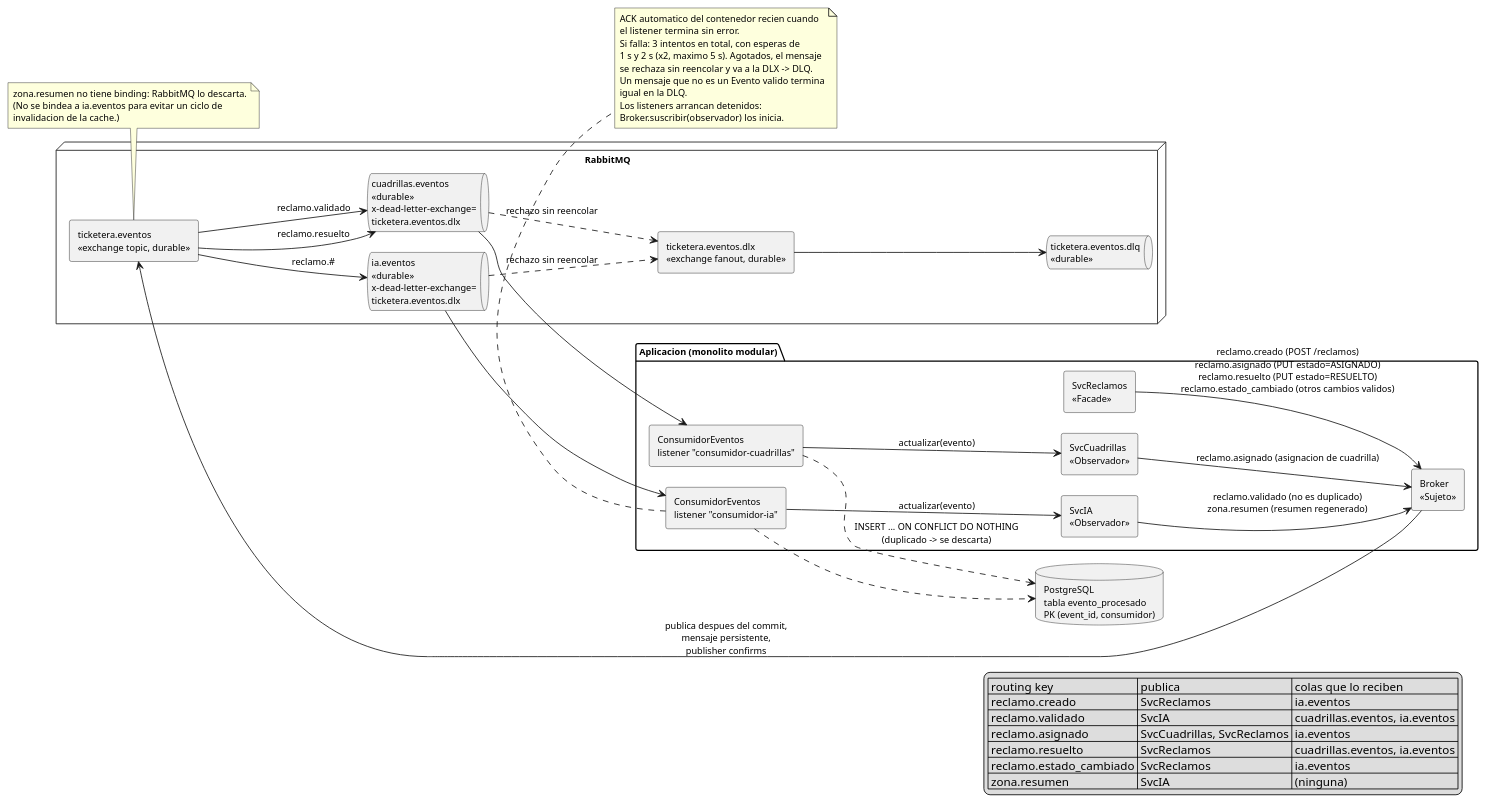
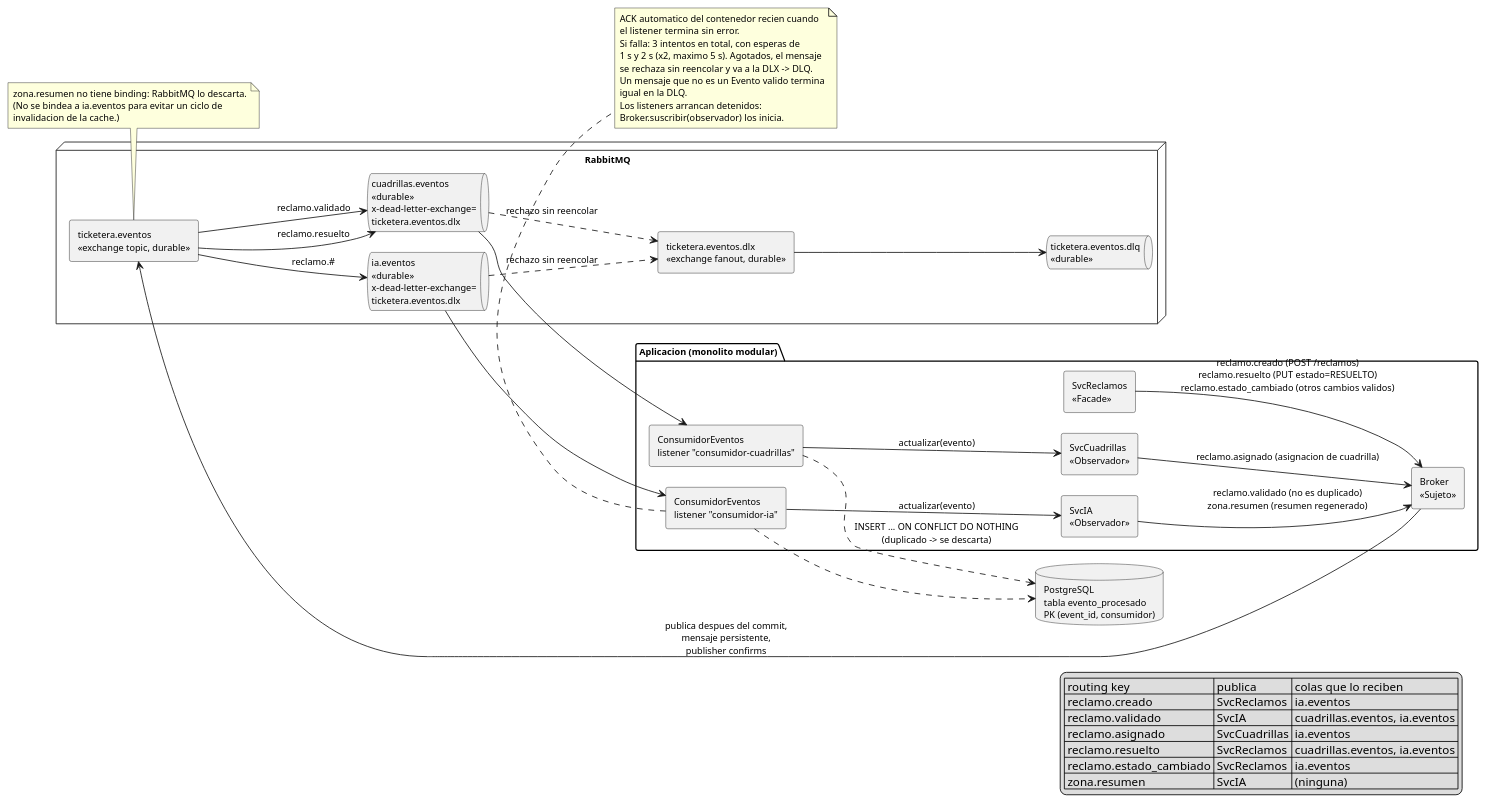
Before and after one commit to francolovera24/Backend-TicketeraMunicipal-DDA2: the diagram in docs/06_diagrama_flujo_mensajes.puml, drawn with PlantUML. The commit also changed 7 other files, not shown here.

Commit message:
fix: exigir una cuadrilla para pasar un reclamo a asignado

```diff
--- a/docs/06_diagrama_flujo_mensajes.puml
+++ b/docs/06_diagrama_flujo_mensajes.puml
@@ -1,80 +1,80 @@
 @startuml FlujoMensajes
 ' Flujo de mensajes RabbitMQ tal como lo implementan RabbitMQConfig,
 ' ConsumidorEventos, Broker y application.yml (spring.rabbitmq.listener).
 left to right direction
 skinparam componentStyle rectangle
 skinparam defaultFontSize 11
 skinparam nodesep 25
 skinparam ranksep 40
 
 package "Aplicacion (monolito modular)" {
     [SvcReclamos\n<<Facade>>] as SvcReclamos
     [SvcIA\n<<Observador>>] as SvcIA
     [SvcCuadrillas\n<<Observador>>] as SvcCuadrillas
     [Broker\n<<Sujeto>>] as Broker
     [ConsumidorEventos\nlistener "consumidor-cuadrillas"] as LCuadrillas
     [ConsumidorEventos\nlistener "consumidor-ia"] as LIa
 }
 
 node "RabbitMQ" {
     component "ticketera.eventos\n<<exchange topic, durable>>" as EX
     queue "cuadrillas.eventos\n<<durable>>\nx-dead-letter-exchange=\nticketera.eventos.dlx" as QC
     queue "ia.eventos\n<<durable>>\nx-dead-letter-exchange=\nticketera.eventos.dlx" as QI
     component "ticketera.eventos.dlx\n<<exchange fanout, durable>>" as DLX
     queue "ticketera.eventos.dlq\n<<durable>>" as DLQ
 }
 
 database "PostgreSQL\ntabla evento_procesado\nPK (event_id, consumidor)" as EP
 
 ' ---------- publicacion ----------
-SvcReclamos --> Broker : reclamo.creado (POST /reclamos)\nreclamo.asignado (PUT estado=ASIGNADO)\nreclamo.resuelto (PUT estado=RESUELTO)\nreclamo.estado_cambiado (otros cambios validos)
+SvcReclamos --> Broker : reclamo.creado (POST /reclamos)\nreclamo.resuelto (PUT estado=RESUELTO)\nreclamo.estado_cambiado (otros cambios validos)
 SvcIA --> Broker : reclamo.validado (no es duplicado)\nzona.resumen (resumen regenerado)
 SvcCuadrillas --> Broker : reclamo.asignado (asignacion de cuadrilla)
 Broker --> EX : publica despues del commit,\nmensaje persistente,\npublisher confirms
 
 ' ---------- bindings ----------
 EX --> QC : reclamo.validado
 EX --> QC : reclamo.resuelto
 EX --> QI : reclamo.#
 
 ' ---------- consumo ----------
 QC --> LCuadrillas
 QI --> LIa
 LCuadrillas --> SvcCuadrillas : actualizar(evento)
 LIa --> SvcIA : actualizar(evento)
 LCuadrillas ..> EP : INSERT ... ON CONFLICT DO NOTHING\n(duplicado -> se descarta)
 LIa ..> EP
 
 ' ---------- errores ----------
 QC ..> DLX : rechazo sin reencolar
 QI ..> DLX : rechazo sin reencolar
 DLX --> DLQ
 
 note bottom of EX
   zona.resumen no tiene binding: RabbitMQ lo descarta.
   (No se bindea a ia.eventos para evitar un ciclo de
   invalidacion de la cache.)
 end note
 
 note bottom of LIa
   ACK automatico del contenedor recien cuando
   el listener termina sin error.
   Si falla: 3 intentos en total, con esperas de
   1 s y 2 s (x2, maximo 5 s). Agotados, el mensaje
   se rechaza sin reencolar y va a la DLX -> DLQ.
   Un mensaje que no es un Evento valido termina
   igual en la DLQ.
   Los listeners arrancan detenidos:
   Broker.suscribir(observador) los inicia.
 end note
 
 legend right
   | routing key | publica | colas que lo reciben |
   | reclamo.creado | SvcReclamos | ia.eventos |
   | reclamo.validado | SvcIA | cuadrillas.eventos, ia.eventos |
-  | reclamo.asignado | SvcCuadrillas, SvcReclamos | ia.eventos |
+  | reclamo.asignado | SvcCuadrillas | ia.eventos |
   | reclamo.resuelto | SvcReclamos | cuadrillas.eventos, ia.eventos |
   | reclamo.estado_cambiado | SvcReclamos | ia.eventos |
   | zona.resumen | SvcIA | (ninguna) |
 endlegend
 @enduml
```
